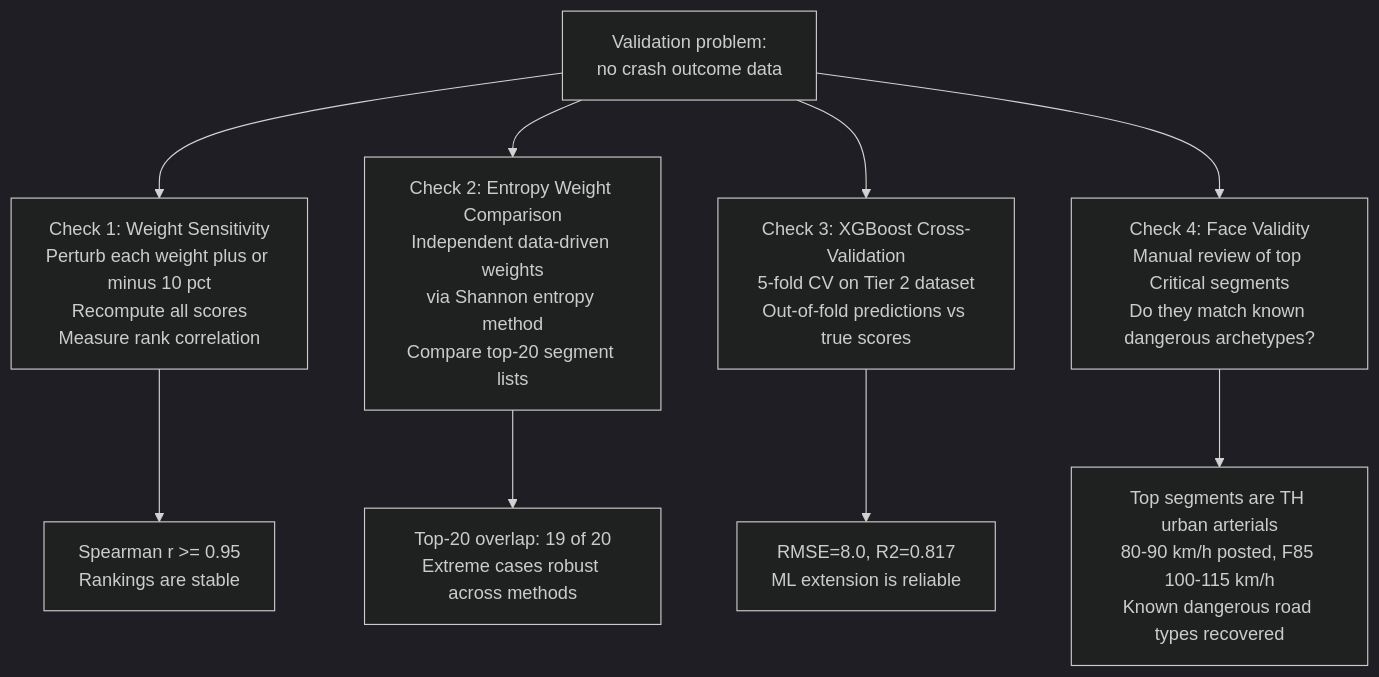
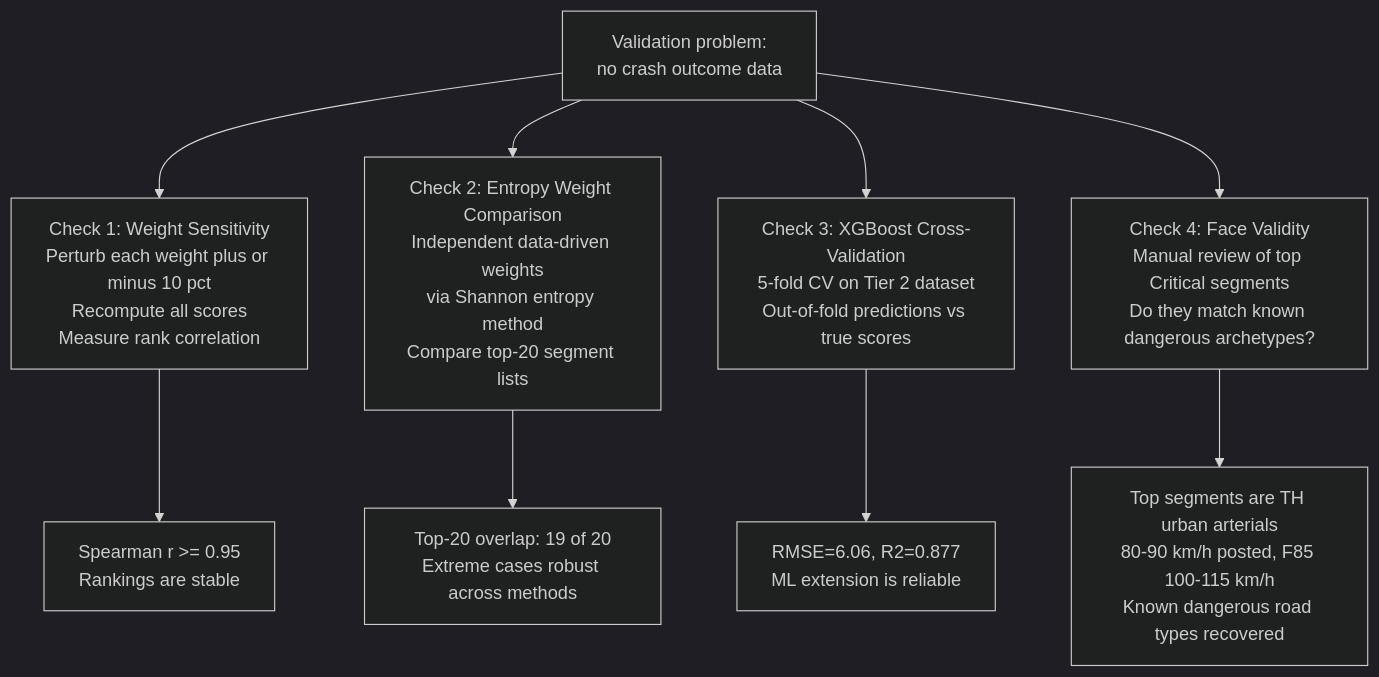
One commit to simeonpalla/ai-safer-roads changed diagram 14 of 14 in WORKFLOW.md. Above: the diagram before and after it, drawn with Mermaid (dark theme). The commit also changed other lines of this file and 14 other files, not shown here.

````diff
--- a/WORKFLOW.md
+++ b/WORKFLOW.md
@@ -543,11 +571,11 @@
 ```mermaid
 graph TD
     P["Validation problem:<br/>no crash outcome data"] --> V1
     P --> V2
     P --> V3
     P --> V4
     V1["Check 1: Weight Sensitivity<br/>Perturb each weight plus or minus 10 pct<br/>Recompute all scores<br/>Measure rank correlation"] --> R1["Spearman r >= 0.95<br/>Rankings are stable"]
     V2["Check 2: Entropy Weight Comparison<br/>Independent data-driven weights<br/>via Shannon entropy method<br/>Compare top-20 segment lists"] --> R2["Top-20 overlap: 19 of 20<br/>Extreme cases robust across methods"]
-    V3["Check 3: XGBoost Cross-Validation<br/>5-fold CV on Tier 2 dataset<br/>Out-of-fold predictions vs true scores"] --> R3["RMSE=8.0, R2=0.817<br/>ML extension is reliable"]
+    V3["Check 3: XGBoost Cross-Validation<br/>5-fold CV on Tier 2 dataset<br/>Out-of-fold predictions vs true scores"] --> R3["RMSE=6.06, R2=0.877<br/>ML extension is reliable"]
     V4["Check 4: Face Validity<br/>Manual review of top Critical segments<br/>Do they match known dangerous archetypes?"] --> R4["Top segments are TH urban arterials<br/>80-90 km/h posted, F85 100-115 km/h<br/>Known dangerous road types recovered"]
 ```
````
